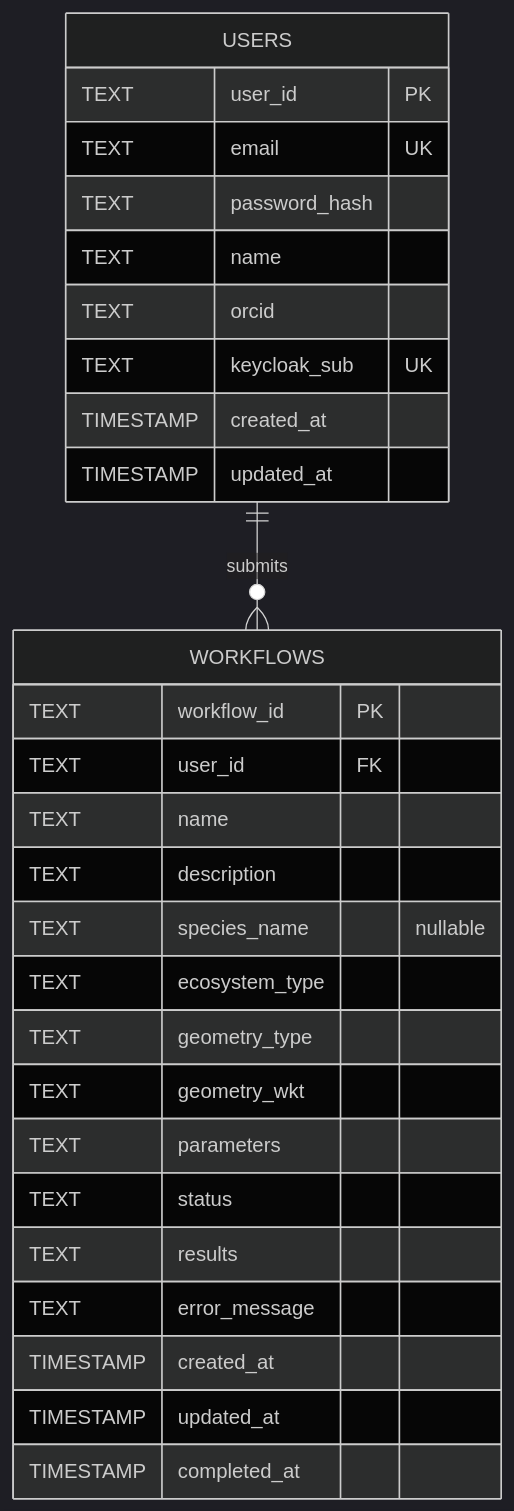
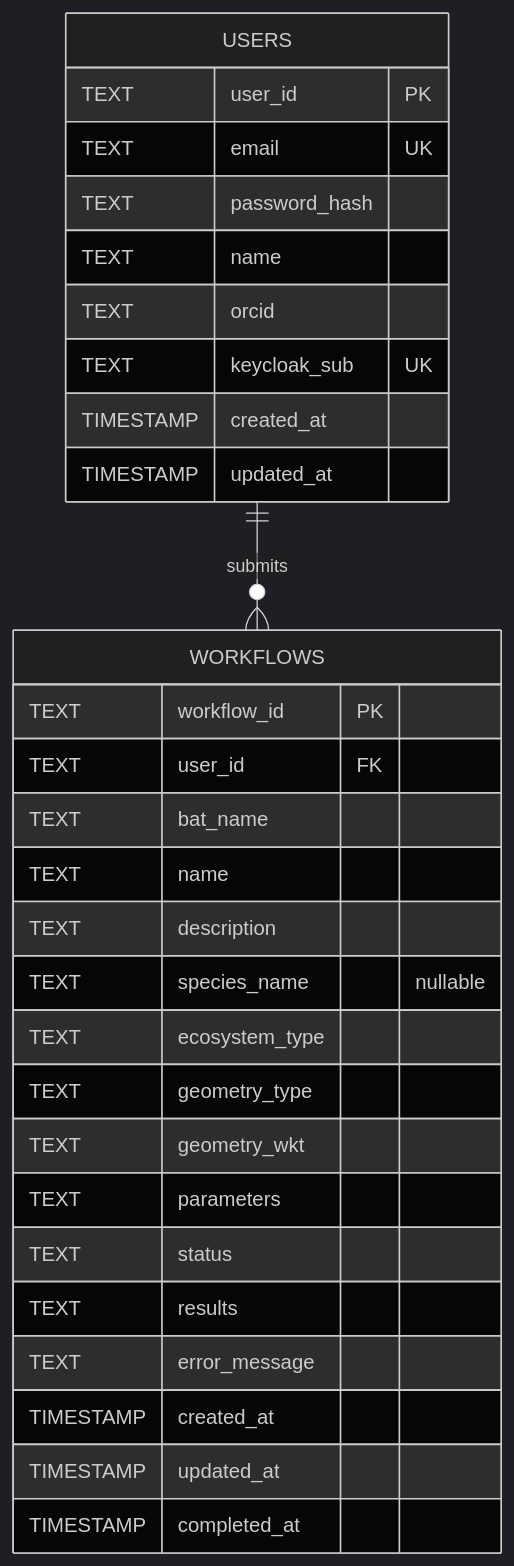
One commit to Biodiversity-Meets-Data/bat-nicegui changed the diagram in README.md. Above: the diagram before and after it, drawn with Mermaid (dark theme). The commit also changed other lines of this file and 12 other files, not shown here.

````diff
--- a/README.md
+++ b/README.md
@@ -211,33 +211,34 @@
 ```mermaid
 erDiagram
     USERS ||--o{ WORKFLOWS : submits
 
     USERS {
         TEXT user_id PK
         TEXT email UK
         TEXT password_hash
         TEXT name
         TEXT orcid
         TEXT keycloak_sub UK
         TIMESTAMP created_at
         TIMESTAMP updated_at
     }
 
     WORKFLOWS {
         TEXT workflow_id PK
         TEXT user_id FK
+        TEXT bat_name
         TEXT name
         TEXT description
         TEXT species_name "nullable"
         TEXT ecosystem_type
         TEXT geometry_type
         TEXT geometry_wkt
         TEXT parameters
         TEXT status
         TEXT results
         TEXT error_message
         TIMESTAMP created_at
         TIMESTAMP updated_at
         TIMESTAMP completed_at
     }
 ```
````
